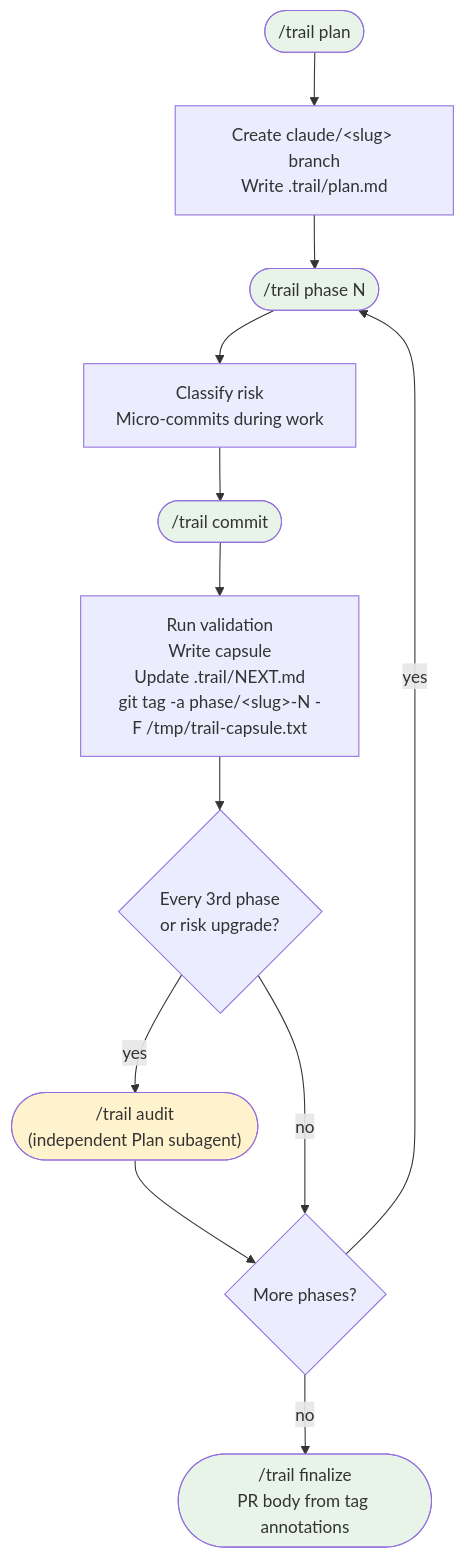
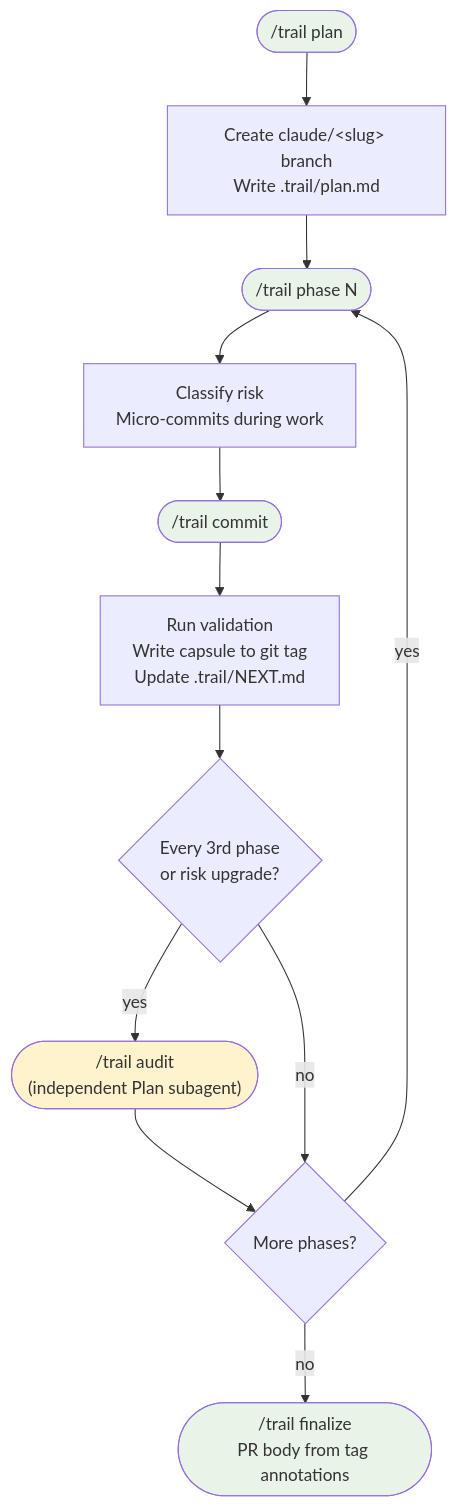
One commit to anuj81/trail-claude-skill changed the diagram in README.md. Above: the diagram before and after it, drawn with Mermaid. The commit also changed other lines of this file, not shown here.

First line of the commit message:
docs: polish README with problem framing, diagram, and Eunomia context

````diff
--- a/README.md
+++ b/README.md
@@ -13,20 +21,20 @@
 ```mermaid
 flowchart TD
     A(["/trail plan"]) --> B["Create claude/&lt;slug&gt; branch\nWrite .trail/plan.md"]
     B --> C(["/trail phase N"])
     C --> D["Classify risk\nMicro-commits during work"]
     D --> E(["/trail commit"])
-    E --> F["Run validation\nWrite capsule\nUpdate .trail/NEXT.md\ngit tag -a phase/&lt;slug&gt;-N -F /tmp/trail-capsule.txt"]
+    E --> F["Run validation\nWrite capsule to git tag\nUpdate .trail/NEXT.md"]
     F --> G{Every 3rd phase\nor risk upgrade?}
     G -- yes --> H(["/trail audit\n(independent Plan subagent)"])
     H --> I{More phases?}
     G -- no --> I
     I -- yes --> C
     I -- no --> J(["/trail finalize\nPR body from tag annotations"])
 
     style A fill:#e8f4e8
     style C fill:#e8f4e8
     style E fill:#e8f4e8
     style H fill:#fff3cd
     style J fill:#e8f4e8
 ```
````
